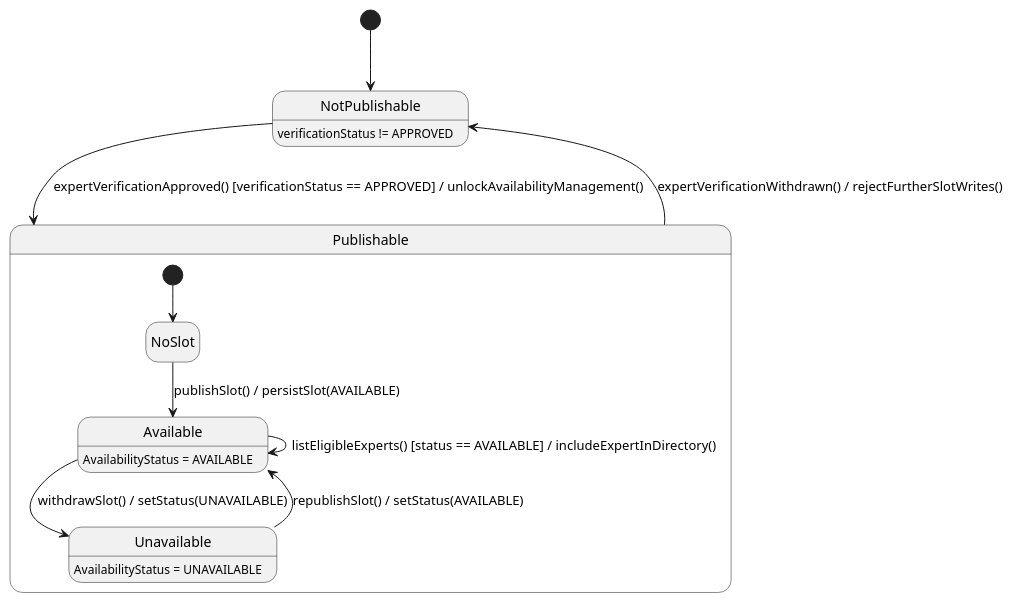
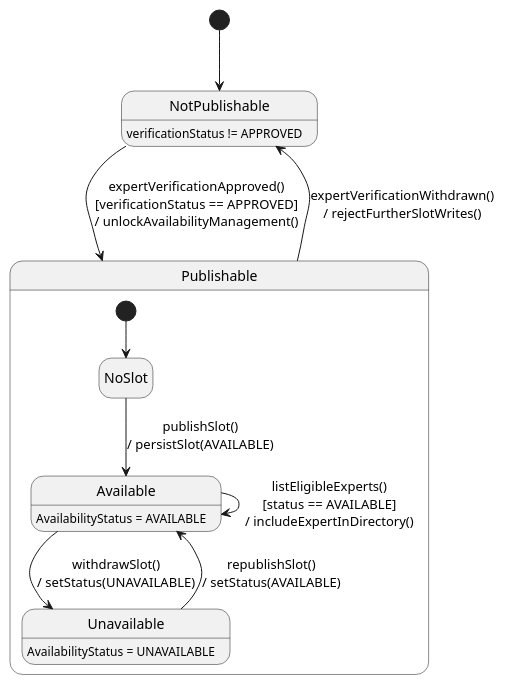
The third of 3 diagrams in 03_Design/Detailed_Design/MF05_Verified_Expert_Network/02_Expert_Directory_and_Availability.md (ChuongBDHE172784/CareBridge_SEP490_G79), drawn with PlantUML before and after one commit. The commit also changed 61 other files, not shown here.

Commit message:
docs: update detailed design documentation and state chart diagrams across all feature modules

````diff
--- a/03_Design/Detailed_Design/MF05_Verified_Expert_Network/02_Expert_Directory_and_Availability.md
+++ b/03_Design/Detailed_Design/MF05_Verified_Expert_Network/02_Expert_Directory_and_Availability.md
@@ -219,21 +219,21 @@
 ```plantuml
 @startuml StateChartDiagram_02ExpertDirectoryandAvailability
 hide empty description
 [*] --> NotPublishable
 
-NotPublishable --> Publishable : expertVerificationApproved() [verificationStatus == APPROVED] / unlockAvailabilityManagement()
-Publishable --> NotPublishable : expertVerificationWithdrawn() / rejectFurtherSlotWrites()
+NotPublishable --> Publishable : expertVerificationApproved()\n[verificationStatus == APPROVED]\n/ unlockAvailabilityManagement()
+Publishable --> NotPublishable : expertVerificationWithdrawn()\n/ rejectFurtherSlotWrites()
 
 state Publishable {
   [*] --> NoSlot
-  NoSlot --> Available : publishSlot() / persistSlot(AVAILABLE)
-  Available --> Unavailable : withdrawSlot() / setStatus(UNAVAILABLE)
-  Unavailable --> Available : republishSlot() / setStatus(AVAILABLE)
-  Available --> Available : listEligibleExperts() [status == AVAILABLE] / includeExpertInDirectory()
+  NoSlot --> Available : publishSlot()\n/ persistSlot(AVAILABLE)
+  Available --> Unavailable : withdrawSlot()\n/ setStatus(UNAVAILABLE)
+  Unavailable --> Available : republishSlot()\n/ setStatus(AVAILABLE)
+  Available --> Available : listEligibleExperts()\n[status == AVAILABLE]\n/ includeExpertInDirectory()
 }
 
 NotPublishable : verificationStatus != APPROVED
 Available : AvailabilityStatus = AVAILABLE
 Unavailable : AvailabilityStatus = UNAVAILABLE
 @enduml
 ```
````
